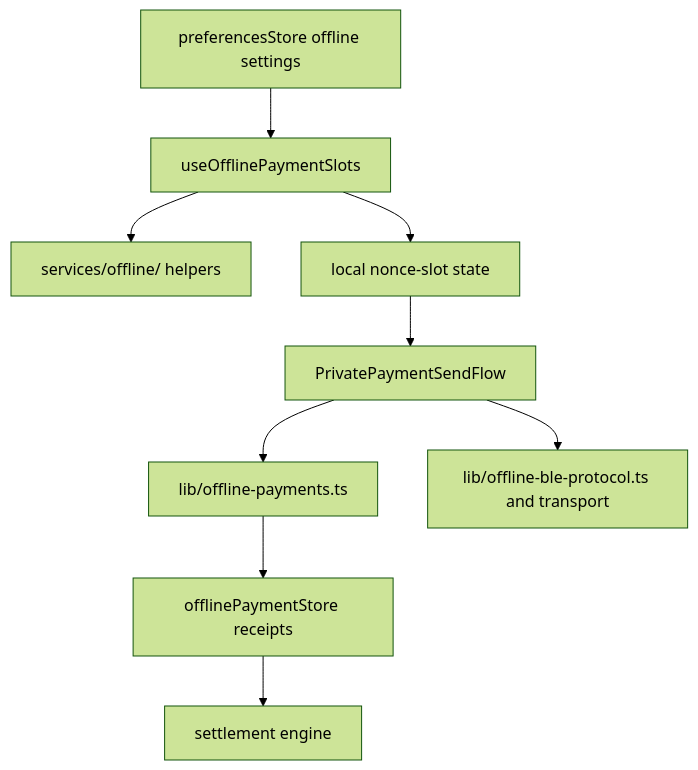
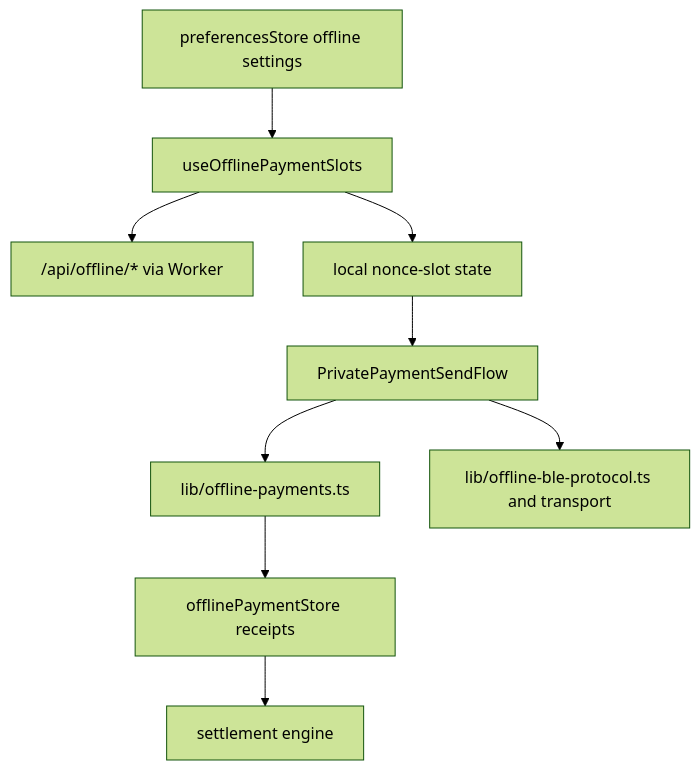
Before and after one commit to OffPay-Wallet/OffPay: the second of 2 diagrams in documentation/wallet-offline-security.md, drawn with Mermaid (forest theme). The commit also changed other lines of this file and 70 other files, not shown here.

````diff
--- a/documentation/wallet-offline-security.md
+++ b/documentation/wallet-offline-security.md
@@ -38,21 +38,21 @@
 ```mermaid
 flowchart TD
   Preferences["preferencesStore offline settings"]
   SlotsHook["useOfflinePaymentSlots"]
-  ClientOffline["services/offline/ helpers"]
+  ApiOffline["/api/offline/* via Worker"]
   LocalSlots["local nonce-slot state"]
   PaymentFlow["PrivatePaymentSendFlow"]
   OfflinePayments["lib/offline-payments.ts"]
   Ble["lib/offline-ble-protocol.ts and transport"]
   Receipts["offlinePaymentStore receipts"]
   Settlement["settlement engine"]
 
   Preferences --> SlotsHook
-  SlotsHook --> ClientOffline
+  SlotsHook --> ApiOffline
   SlotsHook --> LocalSlots
   LocalSlots --> PaymentFlow
   PaymentFlow --> OfflinePayments
   PaymentFlow --> Ble
   OfflinePayments --> Receipts
   Receipts --> Settlement
 ```
````
